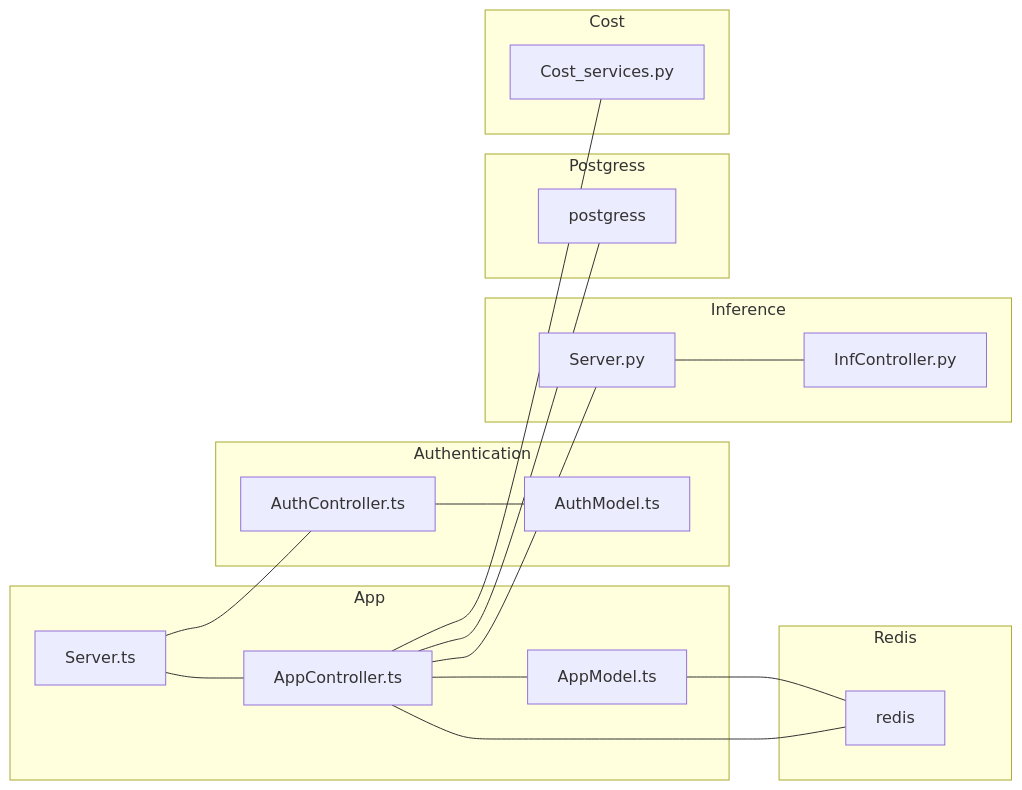
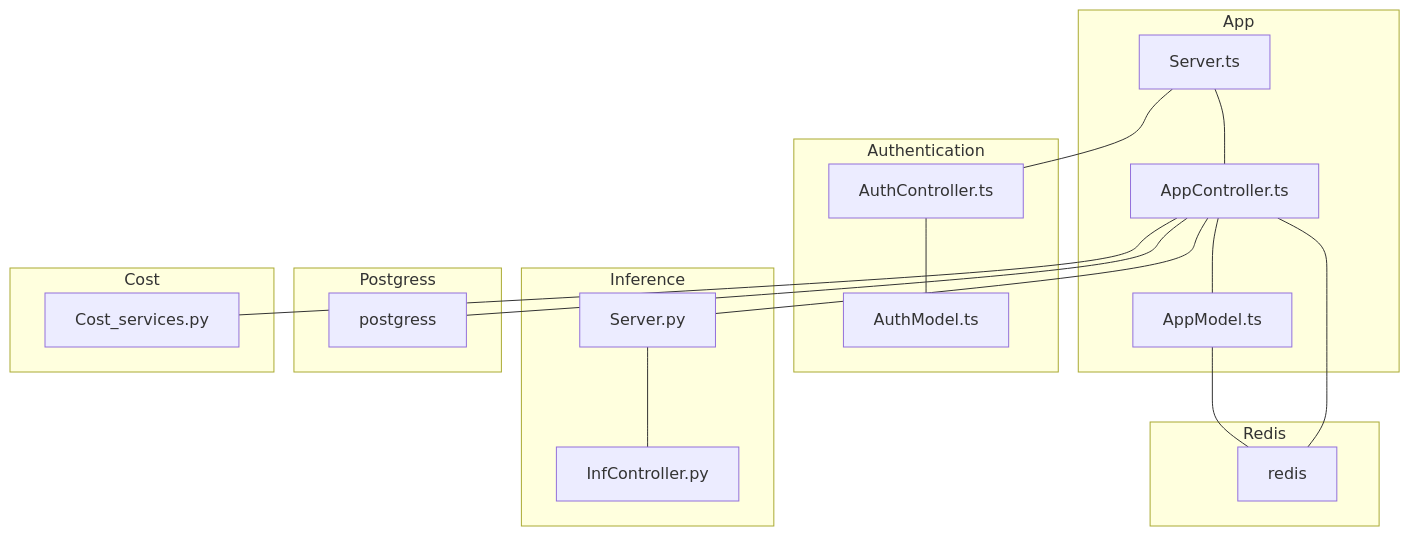
One commit to AgneseBruglia/PA2024 changed the second of 15 diagrams in README.md. Above: the diagram before and after it, drawn with Mermaid.

````diff
--- a/README.md
+++ b/README.md
@@ -30,40 +30,40 @@
 ```mermaid
-graph LR;
+graph TD;
     subgraph App
     Server.ts --- AppController.ts 
     AppController.ts 
     AppModel.ts 
     AppController.ts --- AppModel.ts
     end
 
     subgraph Redis
     redis
     end
 
     subgraph Authentication
     Server.ts --- AuthController.ts
     AuthController.ts 
     AuthModel.ts 
     AuthController.ts --- AuthModel.ts
     end
 
     subgraph Inference
     Server.py --- InfController.py
     InfController.py
     end
 
     subgraph Postgress
     postgress
     end
 
     subgraph Cost
     Cost_services.py
     end
 
     AppModel.ts --- redis
     AppController.ts --- postgress
     AppController.ts --- Server.py
     AppController.ts --- redis
     AppController.ts --- Cost_services.py
 
 ```
````
